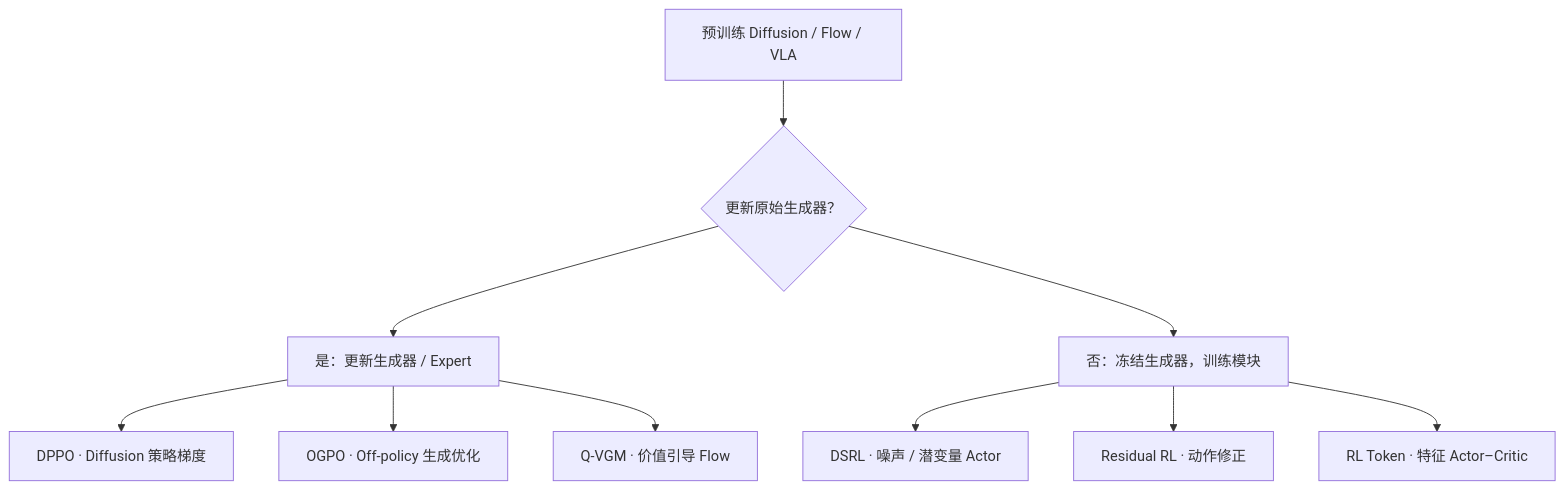
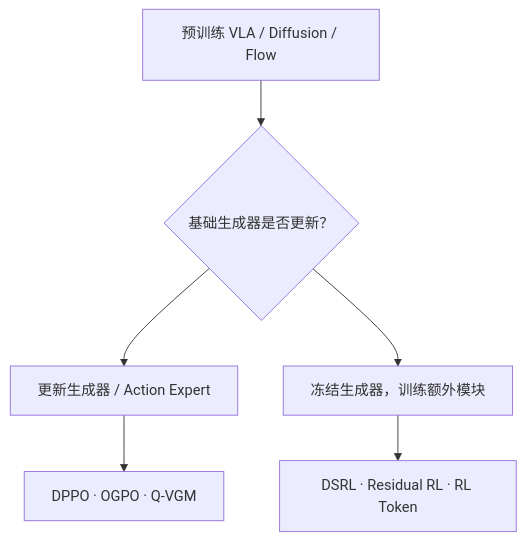
Before and after one commit to zengxiong111/zengxiong.github.io: the second of 4 diagrams in files/RL_Post_Training_ZH.md, drawn with Mermaid. The commit also changed other lines of this file and 7 other files, not shown here.

````diff
--- a/files/RL_Post_Training_ZH.md
+++ b/files/RL_Post_Training_ZH.md
@@ -48,12 +122,8 @@
 ```mermaid
 flowchart TB
-  P["预训练 Diffusion / Flow / VLA"] --> Q{"更新原始生成器？"}
-  Q --> U["是：更新生成器 / Expert"]
-  Q --> F["否：冻结生成器，训练模块"]
-  U --> A["DPPO · Diffusion 策略梯度"]
-  U --> B["OGPO · Off-policy 生成优化"]
-  U --> C["Q-VGM · 价值引导 Flow"]
-  F --> D["DSRL · 噪声 / 潜变量 Actor"]
-  F --> E["Residual RL · 动作修正"]
-  F --> R["RL Token · 特征 Actor–Critic"]
+  P["预训练 VLA / Diffusion / Flow"] --> Q{"基础生成器是否更新？"}
+  Q --> U["更新生成器 / Action Expert"]
+  Q --> F["冻结生成器，训练额外模块"]
+  U --> A["DPPO · OGPO · Q-VGM"]
+  F --> B["DSRL · Residual RL · RL Token"]
 ```
````
